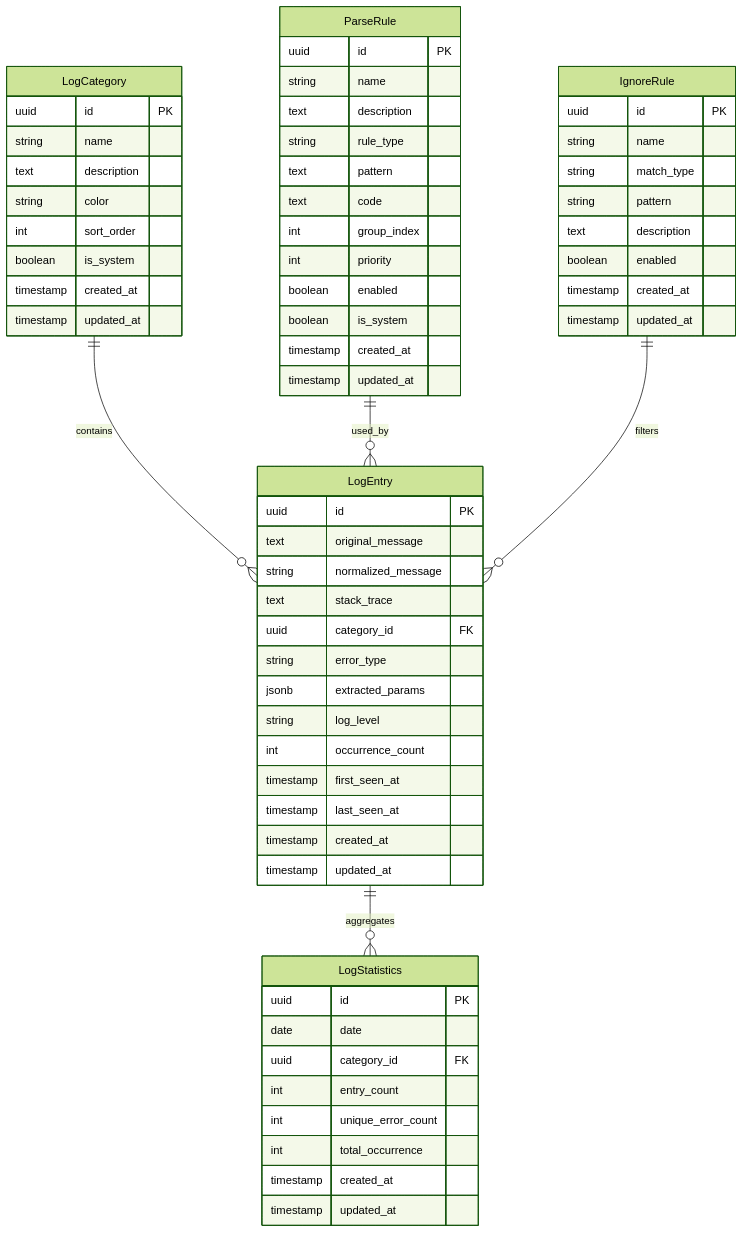
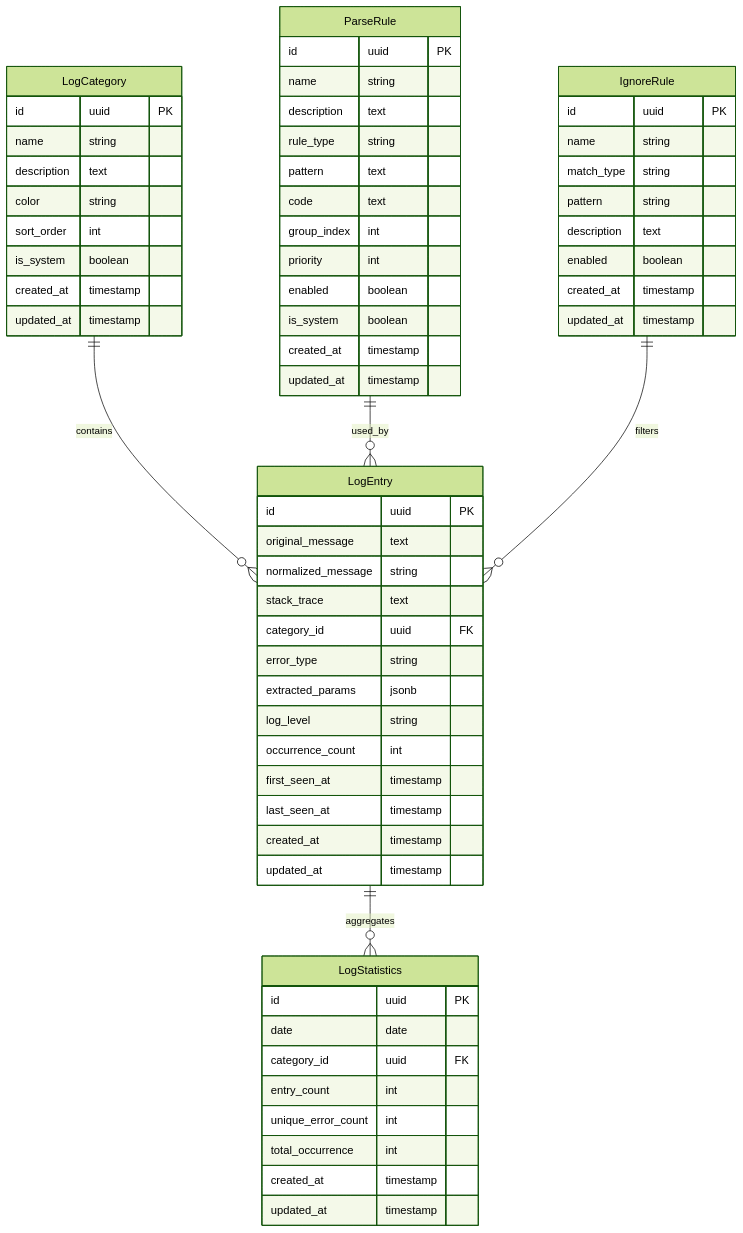
Before and after one commit to Bright-Starlight/logfix-ai: the fifth of 6 diagrams in specs/002-short-name-structured/flow.md, drawn with Mermaid (forest theme). The commit also changed other lines of this file and 4 other files, not shown here.

First line of the commit message:
fix: 修复分类视图多项问题

````diff
--- a/specs/002-short-name-structured/flow.md
+++ b/specs/002-short-name-structured/flow.md
@@ -87,71 +87,71 @@
 ```mermaid
 erDiagram
     LogCategory ||--o{ LogEntry : contains
     LogEntry ||--o{ LogStatistics : aggregates
     ParseRule ||--o{ LogEntry : used_by
     IgnoreRule ||--o{ LogEntry : filters
 
     LogCategory {
-        uuid id PK
-        string name
-        text description
-        string color
-        int sort_order
-        boolean is_system
-        timestamp created_at
-        timestamp updated_at
+        id uuid PK
+        name string
+        description text
+        color string
+        sort_order int
+        is_system boolean
+        created_at timestamp
+        updated_at timestamp
     }
 
     LogEntry {
-        uuid id PK
-        text original_message
-        string normalized_message
-        text stack_trace
-        uuid category_id FK
-        string error_type
-        jsonb extracted_params
-        string log_level
-        int occurrence_count
-        timestamp first_seen_at
-        timestamp last_seen_at
-        timestamp created_at
-        timestamp updated_at
+        id uuid PK
+        original_message text
+        normalized_message string
+        stack_trace text
+        category_id uuid FK
+        error_type string
+        extracted_params jsonb
+        log_level string
+        occurrence_count int
+        first_seen_at timestamp
+        last_seen_at timestamp
+        created_at timestamp
+        updated_at timestamp
     }
 
     ParseRule {
-        uuid id PK
-        string name
-        text description
-        string rule_type
-        text pattern
-        text code
-        int group_index
-        int priority
-        boolean enabled
-        boolean is_system
-        timestamp created_at
-        timestamp updated_at
+        id uuid PK
+        name string
+        description text
+        rule_type string
+        pattern text
+        code text
+        group_index int
+        priority int
+        enabled boolean
+        is_system boolean
+        created_at timestamp
+        updated_at timestamp
     }
 
     IgnoreRule {
-        uuid id PK
-        string name
-        string match_type
-        string pattern
-        text description
-        boolean enabled
-        timestamp created_at
-        timestamp updated_at
+        id uuid PK
+        name string
+        match_type string
+        pattern string
+        description text
+        enabled boolean
+        created_at timestamp
+        updated_at timestamp
     }
 
     LogStatistics {
-        uuid id PK
+        id uuid PK
         date date
-        uuid category_id FK
-        int entry_count
-        int unique_error_count
-        int total_occurrence
-        timestamp created_at
-        timestamp updated_at
+        category_id uuid FK
+        entry_count int
+        unique_error_count int
+        total_occurrence int
+        created_at timestamp
+        updated_at timestamp
     }
 ```
````
